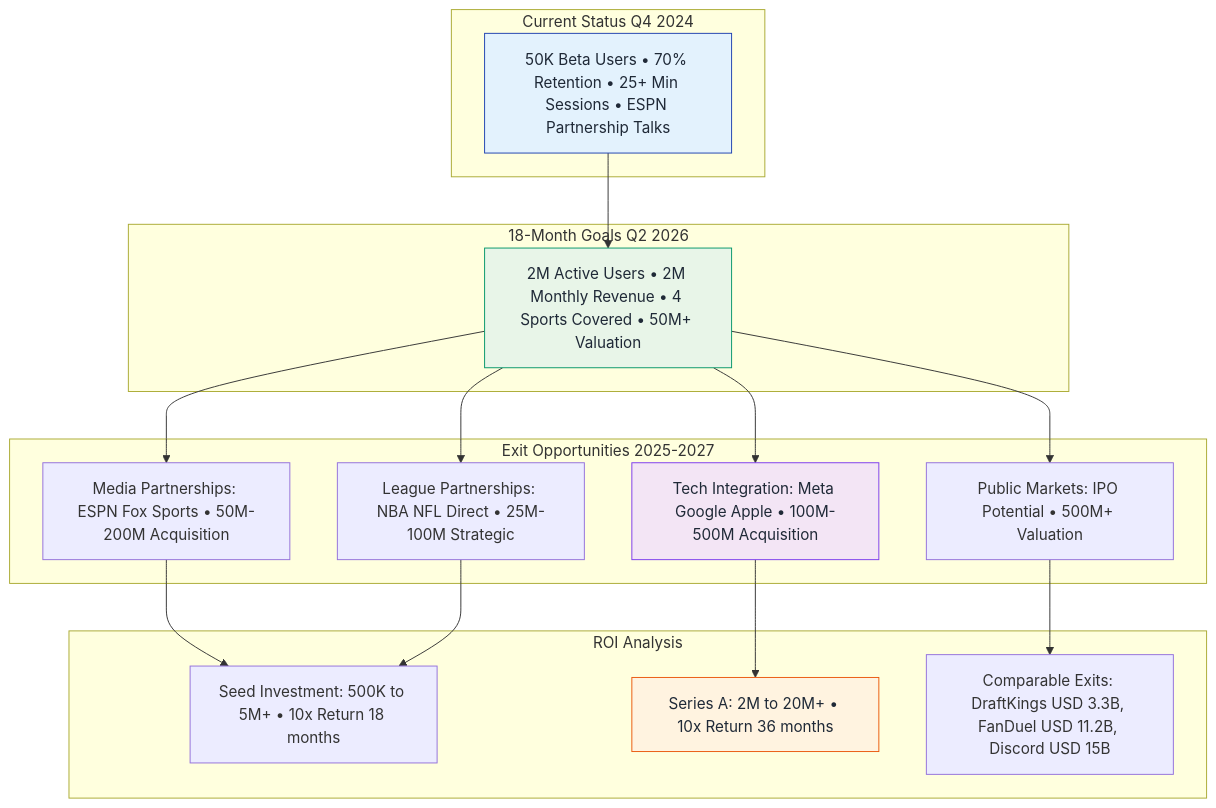
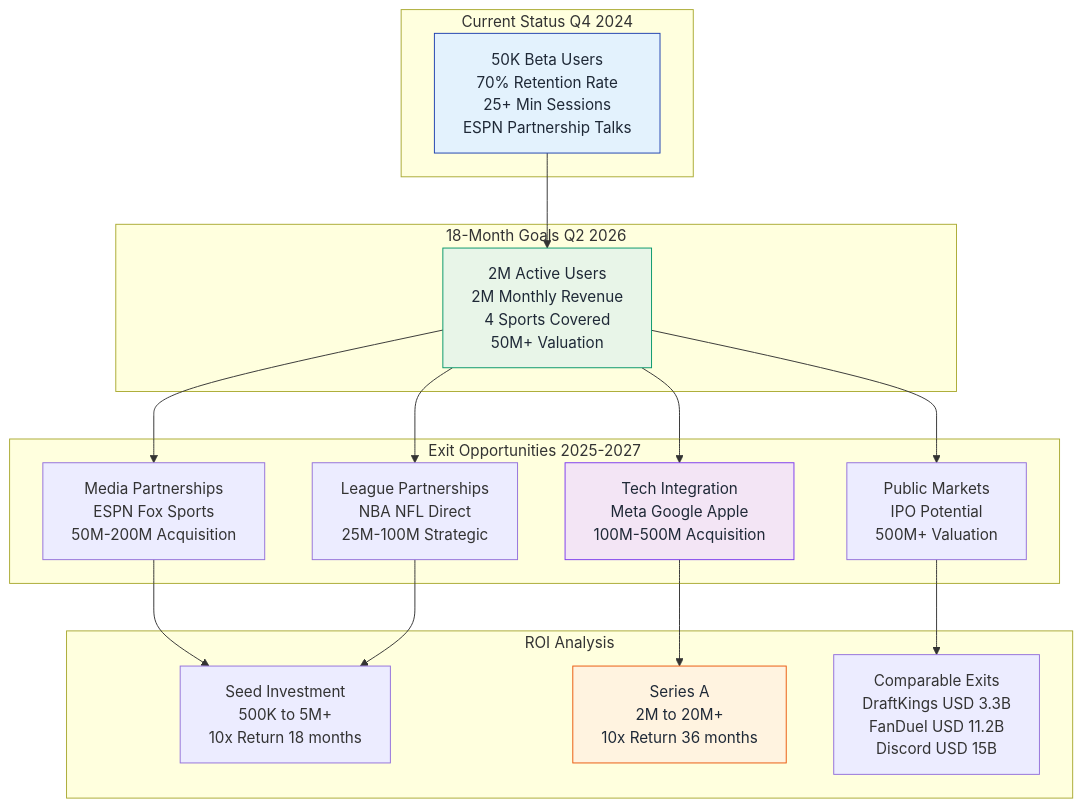
One commit to SkaFld-Ignite/ref-u-wireframes changed the eighth of 9 diagrams in docs/investor-flows.md. Above: the diagram before and after it, drawn with Mermaid.

Commit message:
Fix Mermaid syntax: Replace bullet characters with line breaks
- Replaced all bullet characters (•) with <br/> tags in Growth & Expansion Strategy
- Ensures consistent rendering across all deployment environments
- Fixes Vercel build parsing errors while maintaining local compatibility

🤖 Generated with [Claude Code](https://claude.ai/code)

````diff
--- a/docs/investor-flows.md
+++ b/docs/investor-flows.md
@@ -337,39 +337,39 @@
 ```mermaid
 graph TB
     subgraph "Current Status Q4 2024"
-        A1[50K Beta Users • 70% Retention • 25+ Min Sessions • ESPN Partnership Talks]
+        A1[50K Beta Users<br/>70% Retention Rate<br/>25+ Min Sessions<br/>ESPN Partnership Talks]
     end
     
     subgraph "18-Month Goals Q2 2026"
-        B1[2M Active Users • 2M Monthly Revenue • 4 Sports Covered • 50M+ Valuation]
+        B1[2M Active Users<br/>2M Monthly Revenue<br/>4 Sports Covered<br/>50M+ Valuation]
     end
     
     subgraph "Exit Opportunities 2025-2027"
-        C1[Media Partnerships: ESPN Fox Sports • 50M-200M Acquisition]
-        C2[Tech Integration: Meta Google Apple • 100M-500M Acquisition]
-        C3[League Partnerships: NBA NFL Direct • 25M-100M Strategic]
-        C4[Public Markets: IPO Potential • 500M+ Valuation]
+        C1[Media Partnerships<br/>ESPN Fox Sports<br/>50M-200M Acquisition]
+        C2[Tech Integration<br/>Meta Google Apple<br/>100M-500M Acquisition]
+        C3[League Partnerships<br/>NBA NFL Direct<br/>25M-100M Strategic]
+        C4[Public Markets<br/>IPO Potential<br/>500M+ Valuation]
     end
     
     subgraph "ROI Analysis"
-        D1[Seed Investment: 500K to 5M+ • 10x Return 18 months]
-        D2[Series A: 2M to 20M+ • 10x Return 36 months]
-        D3[Comparable Exits: DraftKings USD 3.3B, FanDuel USD 11.2B, Discord USD 15B]
+        D1[Seed Investment<br/>500K to 5M+<br/>10x Return 18 months]
+        D2[Series A<br/>2M to 20M+<br/>10x Return 36 months]
+        D3[Comparable Exits<br/>DraftKings USD 3.3B<br/>FanDuel USD 11.2B<br/>Discord USD 15B]
     end
     
     A1 --> B1
     B1 --> C1
     B1 --> C2
     B1 --> C3
     B1 --> C4
     
     C1 --> D1
     C2 --> D2
     C3 --> D1
     C4 --> D3
     
     style A1 fill:#e3f2fd,stroke:#1e40af,color:#1f2937
     style B1 fill:#e8f5e8,stroke:#059669,color:#1f2937
     style C2 fill:#f3e5f5,stroke:#7c3aed,color:#1f2937
     style D2 fill:#fff3e0,stroke:#ea580c,color:#1f2937
 ```
````
